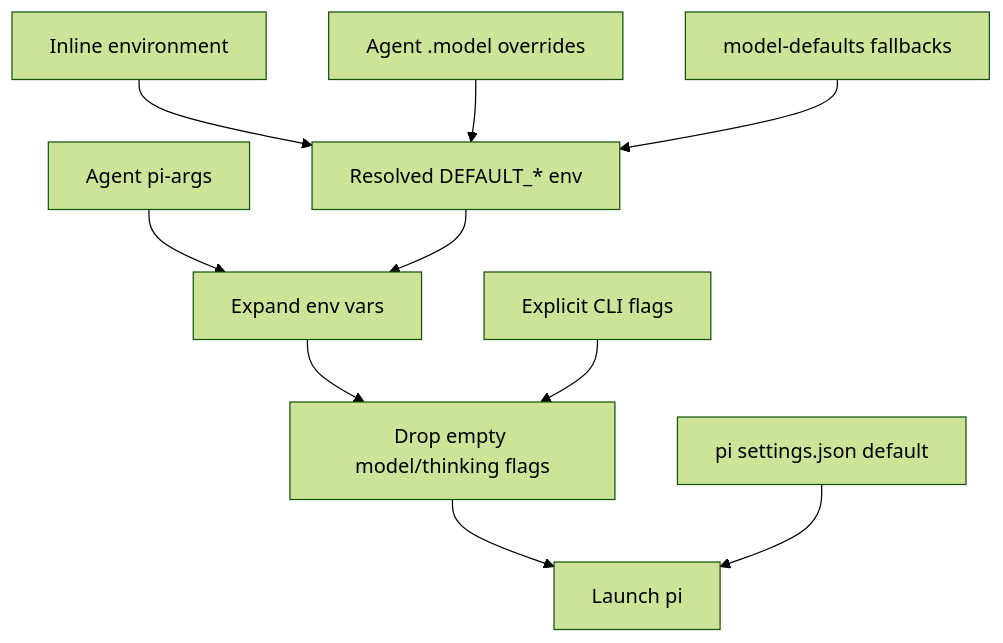
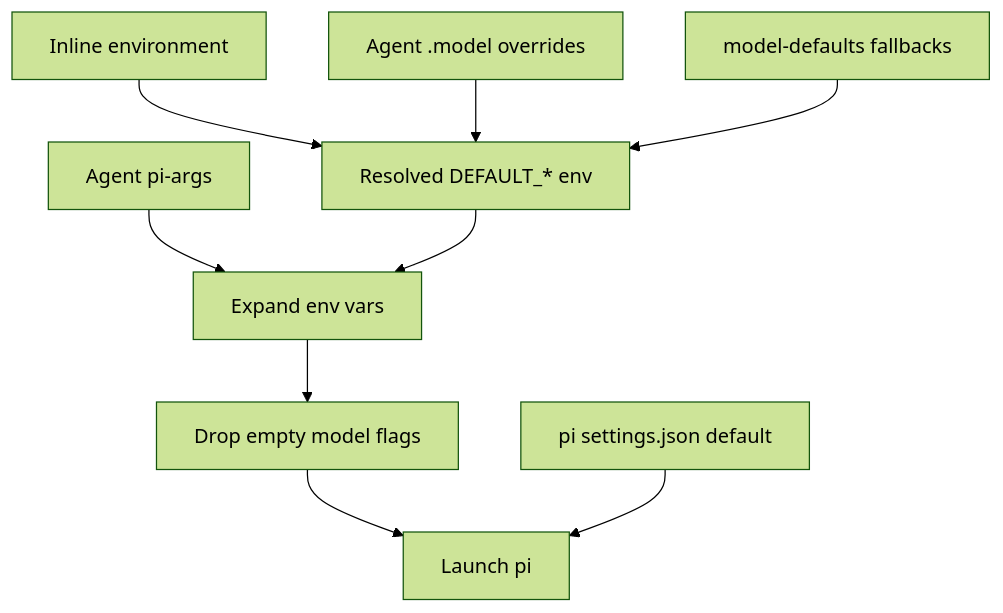
One commit to PlebeiusGaragicus/dot-pi changed the diagram in docs/reference/model-defaults.md. Above: the diagram before and after it, drawn with Mermaid (forest theme). The commit also changed other lines of this file and 32 other files, not shown here.

````diff
--- a/docs/reference/model-defaults.md
+++ b/docs/reference/model-defaults.md
@@ -163,12 +143,11 @@
 ```mermaid
 flowchart TD
   inlineEnv["Inline environment"] --> modelEnv["Resolved DEFAULT_* env"]
   dotModel["Agent .model overrides"] --> modelEnv
   modelDefaults["model-defaults fallbacks"] --> modelEnv
   piArgs["Agent pi-args"] --> expand["Expand env vars"]
   modelEnv --> expand
-  expand --> filter["Drop empty model/thinking flags"]
-  cliFlags["Explicit CLI flags"] --> filter
+  expand --> filter["Drop empty model flags"]
   filter --> launch["Launch pi"]
   piSettings["pi settings.json default"] --> launch
 ```
````
